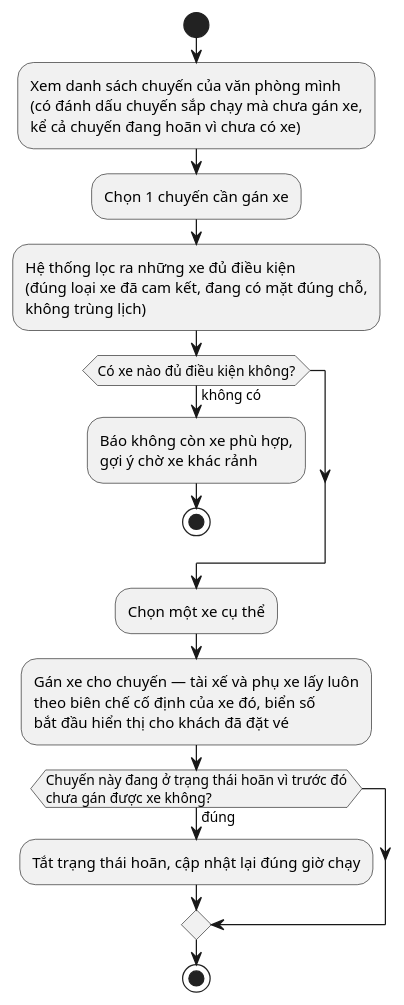
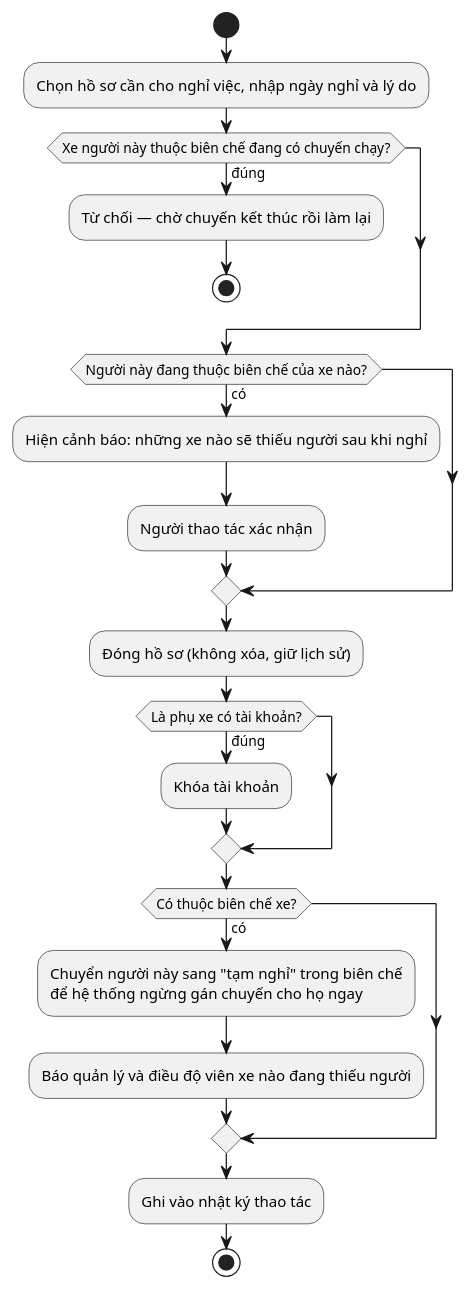
Before and after one commit to nguyenvietanhit19/Project1_HeThongQuanLyNhaXeKhachLienTinh: diagram 25 of 48 in UML_DIAGRAMS.md, drawn with PlantUML. The commit also changed other lines of this file and 10 other files, not shown here.

````diff
--- a/UML_DIAGRAMS.md
+++ b/UML_DIAGRAMS.md
@@ -746,18 +770,24 @@
 ```plantuml
-@startuml AD_UC44_GanXe
+@startuml AD_UC51_ChoNghiViec
 start
-:Xem danh sách chuyến của văn phòng mình\n(có đánh dấu chuyến sắp chạy mà chưa gán xe,\nkể cả chuyến đang hoãn vì chưa có xe);
-:Chọn 1 chuyến cần gán xe;
-:Hệ thống lọc ra những xe đủ điều kiện\n(đúng loại xe đã cam kết, đang có mặt đúng chỗ,\nkhông trùng lịch);
-if (Có xe nào đủ điều kiện không?) then (không có)
-  :Báo không còn xe phù hợp,\ngợi ý chờ xe khác rảnh;
+:Chọn hồ sơ cần cho nghỉ việc, nhập ngày nghỉ và lý do;
+if (Xe người này thuộc biên chế đang có chuyến chạy?) then (đúng)
+  :Từ chối — chờ chuyến kết thúc rồi làm lại;
   stop
 endif
-:Chọn một xe cụ thể;
-:Gán xe cho chuyến — tài xế và phụ xe lấy luôn\ntheo biên chế cố định của xe đó, biển số\nbắt đầu hiển thị cho khách đã đặt vé;
-if (Chuyến này đang ở trạng thái hoãn vì trước đó\nchưa gán được xe không?) then (đúng)
-  :Tắt trạng thái hoãn, cập nhật lại đúng giờ chạy;
+if (Người này đang thuộc biên chế của xe nào?) then (có)
+  :Hiện cảnh báo: những xe nào sẽ thiếu người sau khi nghỉ;
+  :Người thao tác xác nhận;
 endif
+:Đóng hồ sơ (không xóa, giữ lịch sử);
+if (Là phụ xe có tài khoản?) then (đúng)
+  :Khóa tài khoản;
+endif
+if (Có thuộc biên chế xe?) then (có)
+  :Chuyển người này sang "tạm nghỉ" trong biên chế\nđể hệ thống ngừng gán chuyến cho họ ngay;
+  :Báo quản lý và điều độ viên xe nào đang thiếu người;
+endif
+:Ghi vào nhật ký thao tác;
 stop
 @enduml
 ```
````
